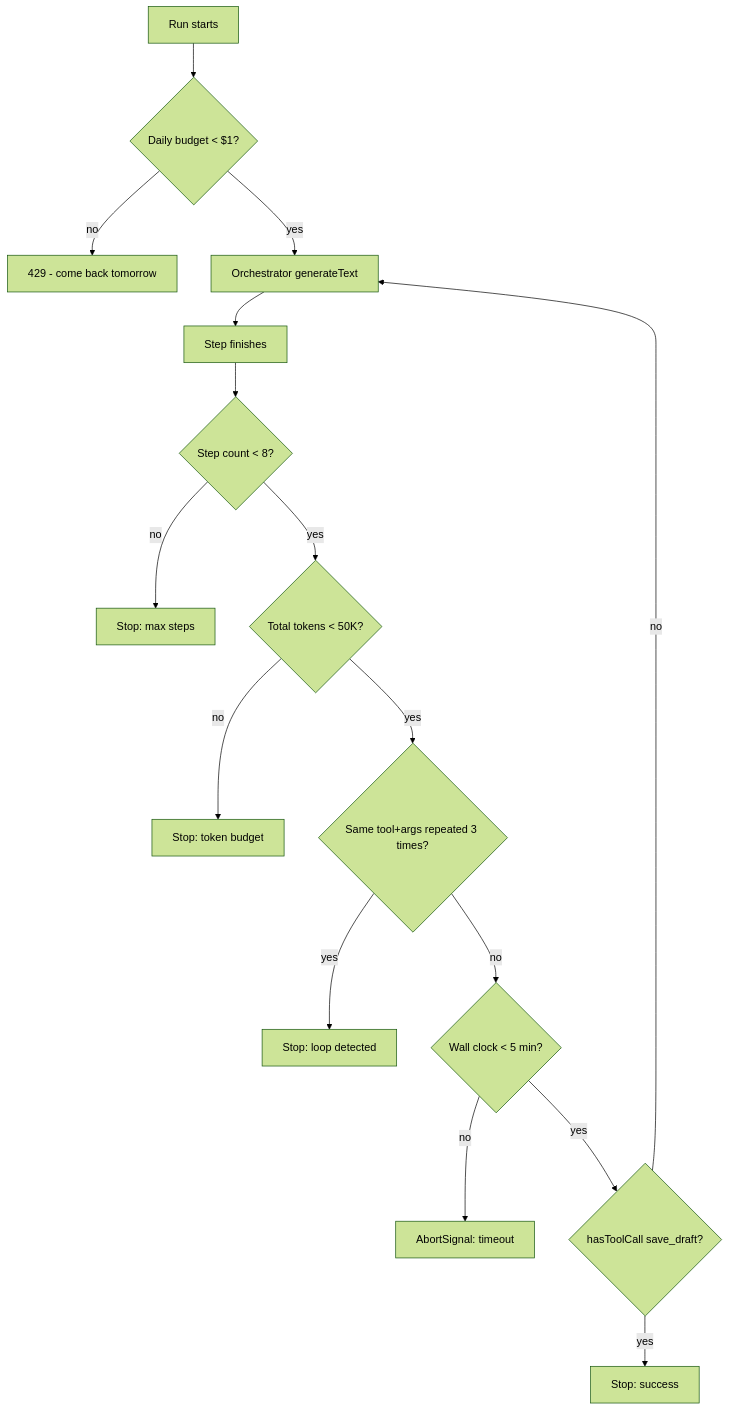
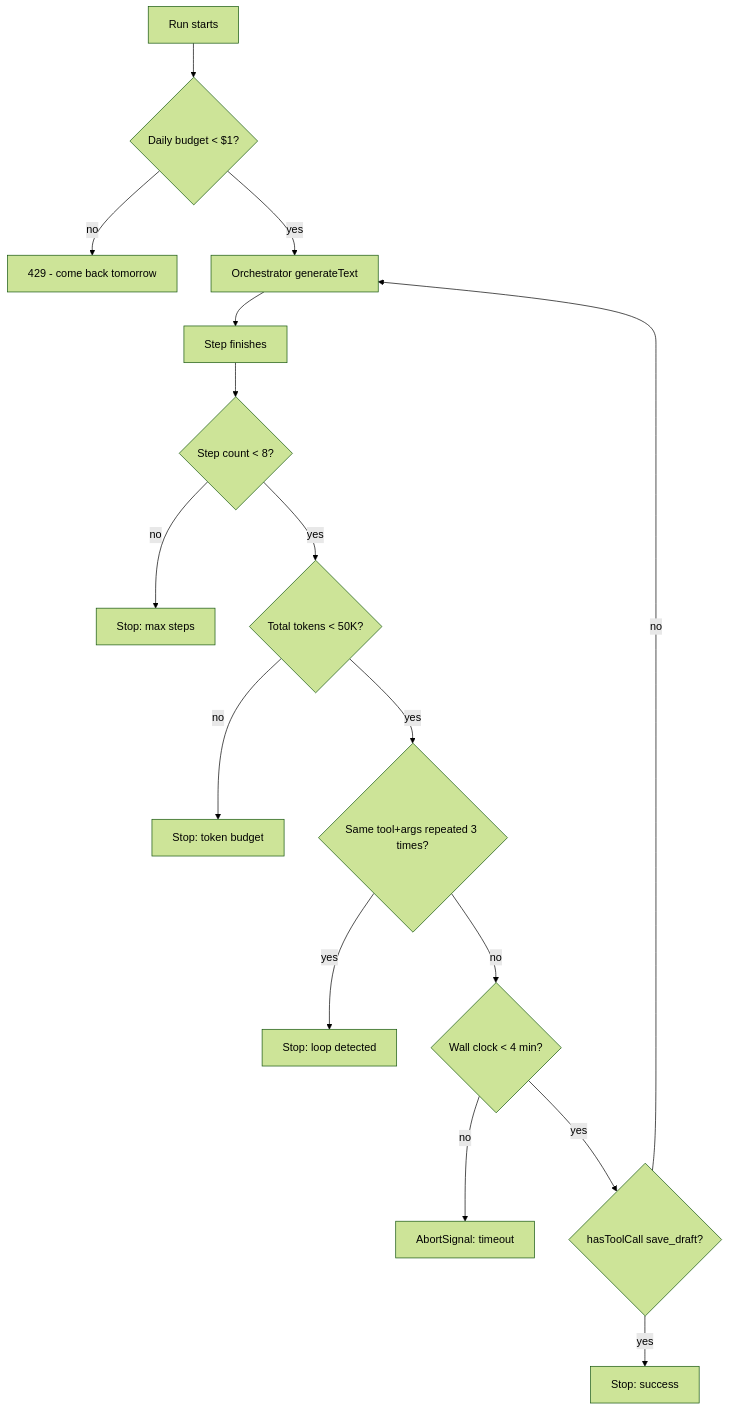
Before and after one commit to Litaash/seo-agent-bot: the third of 6 diagrams in docs/ARCHITECTURE.md, drawn with Mermaid (forest theme). The commit also changed other lines of this file and 5 other files, not shown here.

````diff
--- a/docs/ARCHITECTURE.md
+++ b/docs/ARCHITECTURE.md
@@ -180,18 +180,18 @@
 ```mermaid
 flowchart TB
     Start[Run starts] --> L0{"Daily budget < $1?"}
     L0 -->|"no"| Block[429 - come back tomorrow]
     L0 -->|"yes"| Run[Orchestrator generateText]
     Run --> Step[Step finishes]
     Step --> L1{"Step count < 8?"}
     L1 -->|"no"| Stop1[Stop: max steps]
     L1 -->|"yes"| L2{"Total tokens < 50K?"}
     L2 -->|"no"| Stop2[Stop: token budget]
     L2 -->|"yes"| L3{"Same tool+args repeated 3 times?"}
     L3 -->|"yes"| Stop3[Stop: loop detected]
-    L3 -->|"no"| L4{"Wall clock < 5 min?"}
+    L3 -->|"no"| L4{"Wall clock < 4 min?"}
     L4 -->|"no"| Stop4[AbortSignal: timeout]
     L4 -->|"yes"| L5{"hasToolCall save_draft?"}
     L5 -->|"yes"| Stop5[Stop: success]
     L5 -->|"no"| Run
 ```
````
